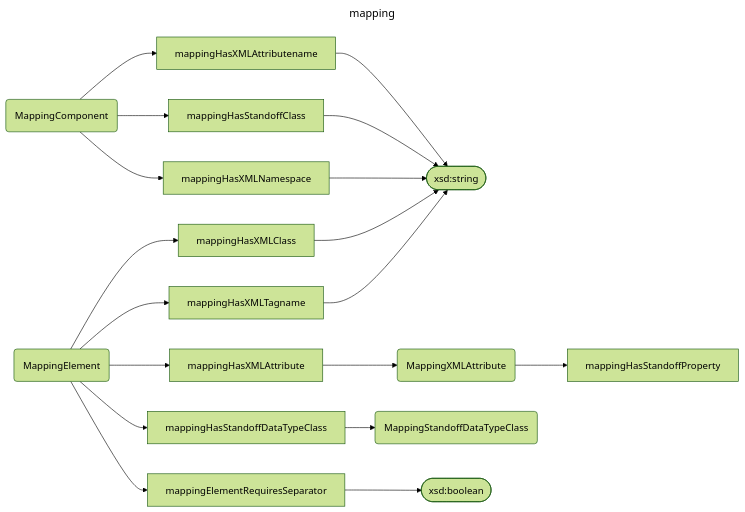
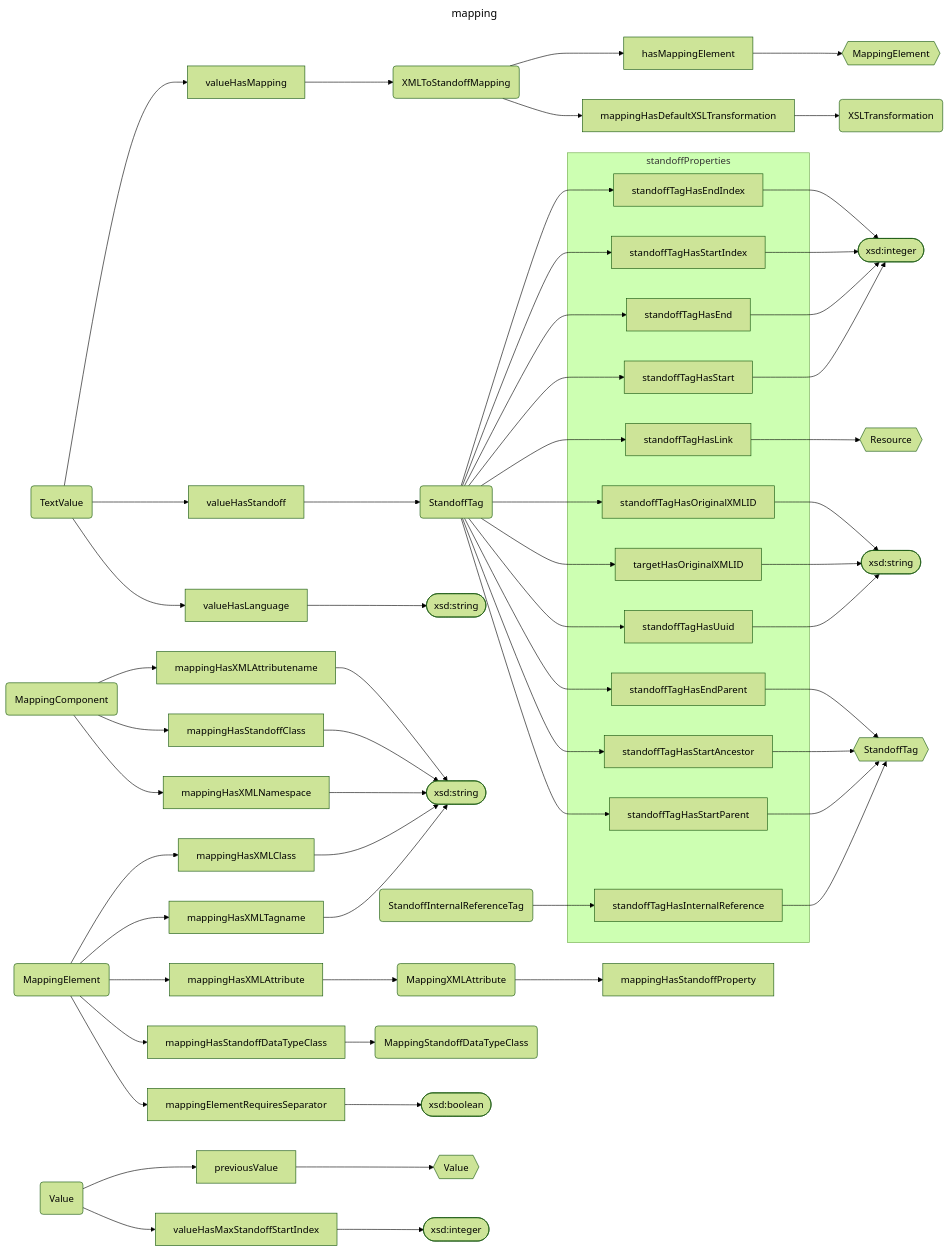
One commit to dasch-swiss/dsp-api changed diagram 14 of 14 in docs/05-internals/design/domain/domain-model.md. Above: the diagram before and after it, drawn with Mermaid (forest theme).

````diff
--- a/docs/05-internals/design/domain/domain-model.md
+++ b/docs/05-internals/design/domain/domain-model.md
@@ -689,25 +689,76 @@
 ```mermaid
 ---
 title: mapping
 ---
 flowchart LR
   %% Classes
   MappingComponent(MappingComponent)
   MappingElement(MappingElement)
   MappingXMLAttribute(MappingXMLAttribute)
   MappingStandoffDataTypeClass(MappingStandoffDataTypeClass)
+  Value(Value)
+  TextValue(TextValue)
+  XMLToStandoffMapping(XMLToStandoffMapping)
+  XSLTransformation(XSLTransformation)
+  StandoffTag(StandoffTag)
+  StandoffInternalReferenceTag(StandoffInternalReferenceTag)
+
+  %% Duplicates
+  _MappingElement{{MappingElement}}
+  _Value{{Value}}
+  _Resource{{Resource}}
+  _StandoffTag{{StandoffTag}}
 
   %% Values
   string1([xsd:string])
+  string2([xsd:string])
+  string3([xsd:string])
   boolean1([xsd:boolean])
+  integer1([xsd:integer])
+  integer2([xsd:integer])
 
   %% Relations
+  TextValue --> valueHasMapping --> XMLToStandoffMapping
+  XMLToStandoffMapping --> hasMappingElement --> _MappingElement
+  XMLToStandoffMapping --> mappingHasDefaultXSLTransformation --> XSLTransformation
+  TextValue --> valueHasStandoff --> StandoffTag
+  subgraph standoffProperties
+    standoffTagHasEndIndex
+    standoffTagHasStartIndex
+    standoffTagHasEnd
+    standoffTagHasStart
+    standoffTagHasLink
+    standoffTagHasOriginalXMLID
+    targetHasOriginalXMLID
+    standoffTagHasUuid
+    standoffTagHasEndParent
+    standoffTagHasStartAncestor
+    standoffTagHasStartParent
+    standoffTagHasInternalReference
+  end
+  StandoffTag --> standoffTagHasEndIndex --> integer1
+  StandoffTag --> standoffTagHasStartIndex --> integer1
+  StandoffTag --> standoffTagHasEnd --> integer1
+  StandoffTag --> standoffTagHasStart --> integer1
+  StandoffTag --> standoffTagHasLink --> _Resource
+  StandoffTag --> standoffTagHasOriginalXMLID --> string2
+  StandoffTag --> targetHasOriginalXMLID --> string2
+  StandoffTag --> standoffTagHasUuid --> string2
+  StandoffTag --> standoffTagHasEndParent --> _StandoffTag
+  StandoffTag --> standoffTagHasStartAncestor --> _StandoffTag
+  StandoffTag --> standoffTagHasStartParent --> _StandoffTag
+  StandoffInternalReferenceTag --> standoffTagHasInternalReference --> _StandoffTag
+  TextValue --> valueHasLanguage --> string3
+
   MappingComponent --> mappingHasXMLAttributename --> string1
   MappingComponent --> mappingHasStandoffClass --> string1
   MappingComponent --> mappingHasXMLNamespace --> string1
   MappingElement --> mappingHasXMLClass --> string1
   MappingElement --> mappingHasXMLTagname --> string1
   MappingElement --> mappingHasXMLAttribute --> MappingXMLAttribute --> mappingHasStandoffProperty
   MappingElement --> mappingHasStandoffDataTypeClass --> MappingStandoffDataTypeClass
   MappingElement --> mappingElementRequiresSeparator --> boolean1
+  
+  Value --> previousValue --> _Value
+  Value --> valueHasMaxStandoffStartIndex --> integer2
 ```
````
